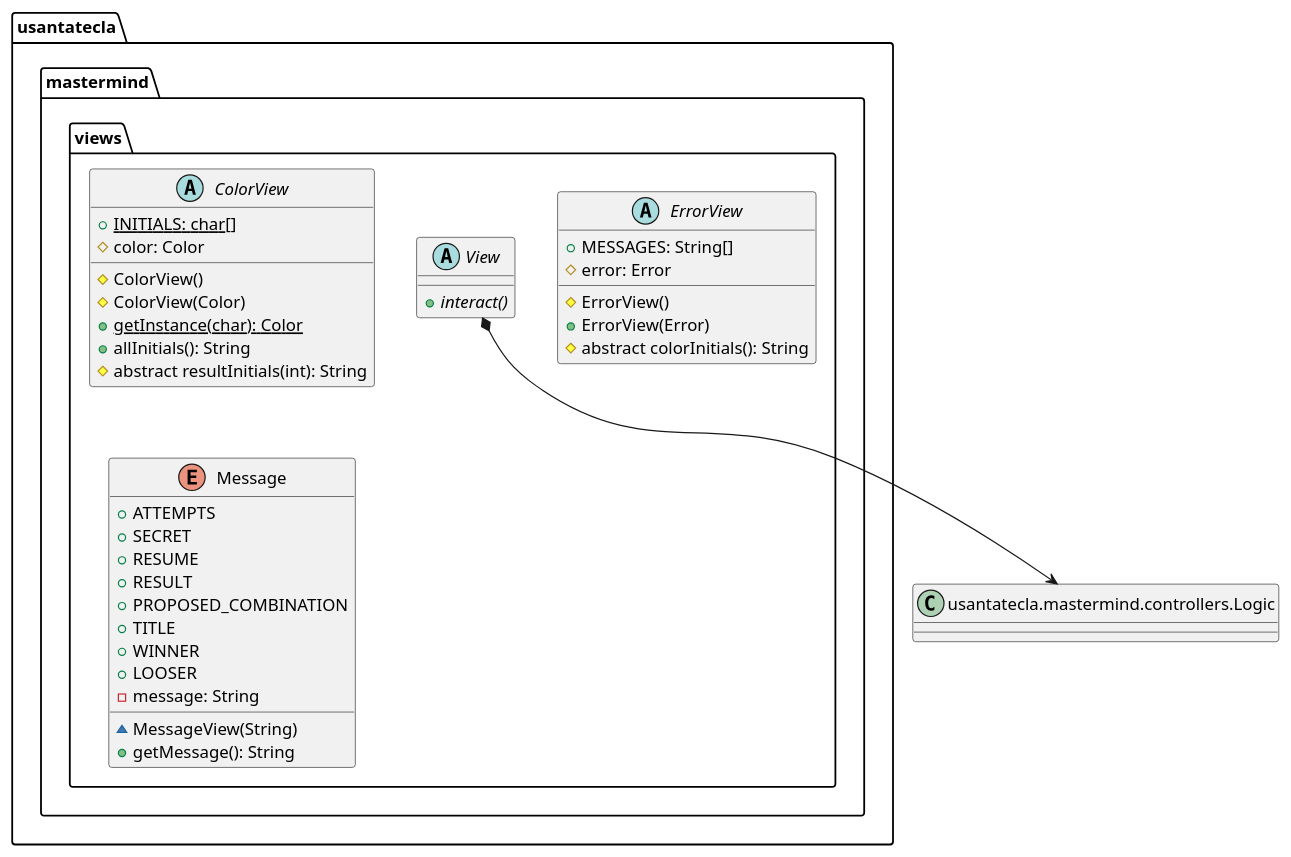
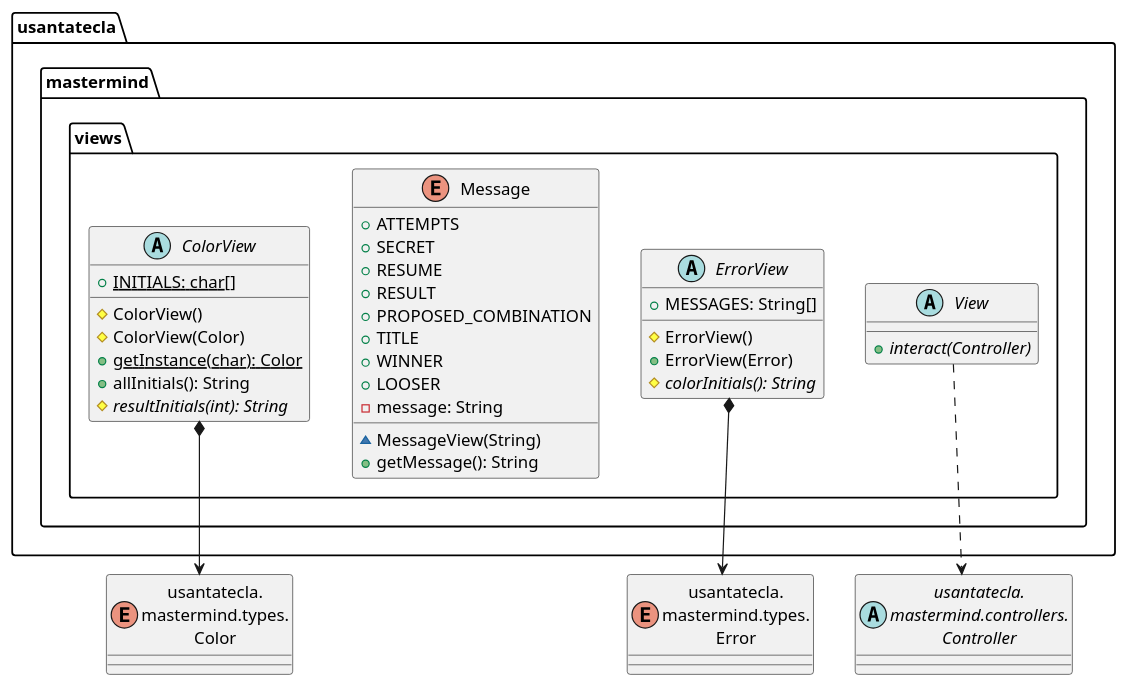
One commit to SantaTecla-mastermind/solution.java.swing.socket.sql changed the second of 7 diagrams in modelViewPresenter/presentationModel/withoutDoubleDispatching/docs/diagrams/src/paquetes.plantuml. Above: the diagram before and after it, drawn with PlantUML. The commit also changed other lines of this file and 24 other files, not shown here.

Commit message:
[mvp.pm.withoutDoubleDispatching] Fixed code + fixed all diagrams

```diff
--- a/modelViewPresenter/presentationModel/withoutDoubleDispatching/docs/diagrams/src/paquetes.plantuml
+++ b/modelViewPresenter/presentationModel/withoutDoubleDispatching/docs/diagrams/src/paquetes.plantuml
@@ -37,42 +34,43 @@
 @startuml usantatecla.mastermind.views
- abstract class  usantatecla.mastermind.views.ColorView{
-+ {static} INITIALS: char[]
-# color: Color
-# ColorView()
-# ColorView(Color)
-+ {static} getInstance(char): Color
-+ allInitials(): String
-# abstract resultInitials(int): String
+abstract class Controller as "usantatecla.\nmastermind.controllers.\nController"
+enum Color as "usantatecla.\nmastermind.types.\nColor"
+enum Error as "usantatecla.\nmastermind.types.\nError"
+
+abstract class  usantatecla.mastermind.views.ColorView{
+    + {static} INITIALS: char[]
+    # ColorView()
+    # ColorView(Color)
+    + {static} getInstance(char): Color
+    + allInitials(): String
+    # {abstract} resultInitials(int): String
 }
+usantatecla.mastermind.views.ColorView *-down-> Color
 
 abstract class  usantatecla.mastermind.views.ErrorView{
-+ MESSAGES: String[]
-# error: Error
-# ErrorView()
-+ ErrorView(Error)
-# abstract colorInitials(): String
+    + MESSAGES: String[]
+    # ErrorView()
+    + ErrorView(Error)
+    # {abstract} colorInitials(): String
 }
+usantatecla.mastermind.views.ErrorView *-down-> Error
 
- enum  usantatecla.mastermind.views.Message{
-+ ATTEMPTS
-+ SECRET
-+ RESUME
-+ RESULT
-+ PROPOSED_COMBINATION
-+ TITLE
-+ WINNER
-+ LOOSER
-- message: String
-~ MessageView(String)
-+ getMessage(): String
+enum  usantatecla.mastermind.views.Message{
+    + ATTEMPTS
+    + SECRET
+    + RESUME
+    + RESULT
+    + PROPOSED_COMBINATION
+    + TITLE
+    + WINNER
+    + LOOSER
+    - message: String
+    ~ MessageView(String)
+    + getMessage(): String
 }
 
 abstract class  usantatecla.mastermind.views.View{
-+ {abstract} interact()
+    + {abstract} interact(Controller)
 }
-class Logic as "usantatecla.mastermind.controllers.Logic" {
+usantatecla.mastermind.views.View .down.> Controller
 
-
-}
-usantatecla.mastermind.views.View *-down-> Logic
 @enduml
```
